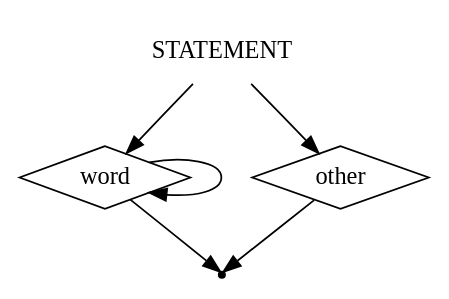
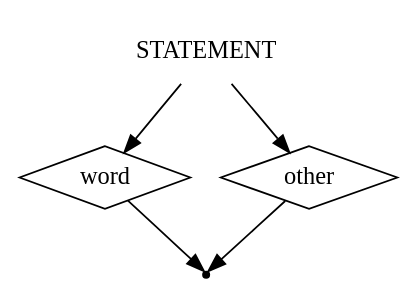
Before and after one commit to mshnschnko/ProMa: the diagram in src/CodeParser/grammar/statement.gv, drawn with Graphviz. The commit also changed 4 other files, not shown here.

```diff
--- a/src/CodeParser/grammar/statement.gv
+++ b/src/CodeParser/grammar/statement.gv
@@ -1,12 +1,11 @@
 digraph STATEMENT{
     start [label=STATEMENT shape=plaintext]
     word [label=word shape=diamond]
     other [label=other shape=diamond]
     end [label="" shape=point]
 
     start -> word
     start -> other
     other -> end
-    word -> word
     word -> end
 }
```
